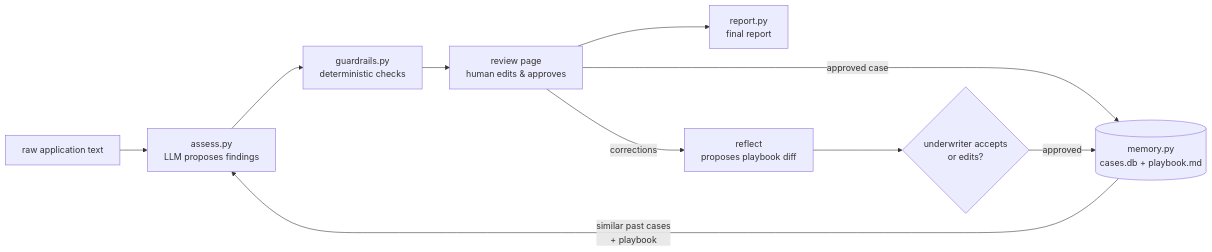
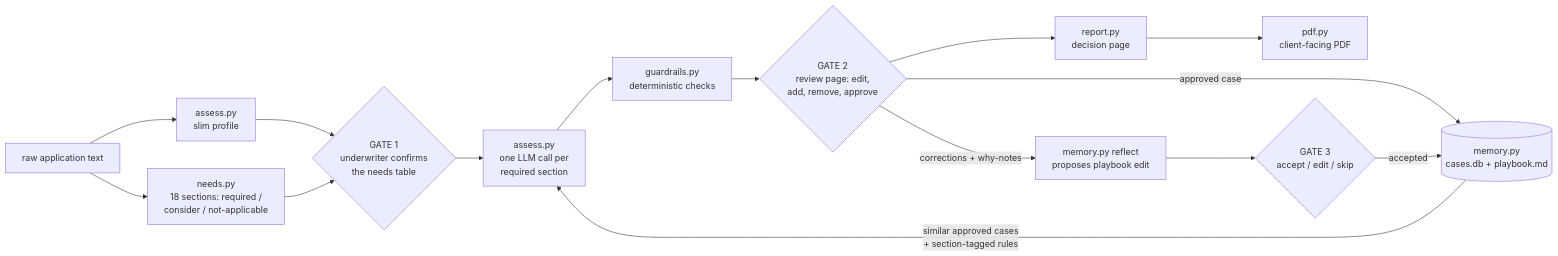
Before and after one commit to GoldenWind8/converge-underwriting: the first of 2 diagrams in docs/ARCHITECTURE.md, drawn with Mermaid. The commit also changed other lines of this file and 44 other files, not shown here.

First line of the commit message:
Add client-facing PDF export; sync docs with the code

````diff
--- a/docs/ARCHITECTURE.md
+++ b/docs/ARCHITECTURE.md
@@ -8,12 +9,16 @@
 ```mermaid
 flowchart LR
-    A[raw application text] --> B[assess.py<br/>LLM proposes findings]
-    M[(memory.py<br/>cases.db + playbook.md)] -->|similar past cases<br/>+ playbook| B
+    A[raw application text] --> P[assess.py<br/>slim profile]
+    A --> N[needs.py<br/>18 sections: required /<br/>consider / not-applicable]
+    P --> G1{GATE 1<br/>underwriter confirms<br/>the needs table}
+    N --> G1
+    G1 --> B[assess.py<br/>one LLM call per<br/>required section]
+    M[(memory.py<br/>cases.db + playbook.md)] -->|similar approved cases<br/>+ section-tagged rules| B
     B --> C[guardrails.py<br/>deterministic checks]
-    C --> D[review page<br/>human edits & approves]
-    D --> E[report.py<br/>final report]
-    D -->|approved case| M
-    D -->|corrections| R[reflect<br/>proposes playbook diff]
-    R --> H{underwriter accepts<br/>or edits?}
-    H -->|approved| M
+    C --> G2{GATE 2<br/>review page: edit,<br/>add, remove, approve}
+    G2 -->|approved case| M
+    G2 --> E[report.py<br/>decision page] --> PDF[pdf.py<br/>client-facing PDF]
+    G2 -->|corrections + why-notes| R[memory.py reflect<br/>proposes playbook edit]
+    R --> G3{GATE 3<br/>accept / edit / skip}
+    G3 -->|accepted| M
 ```
````
